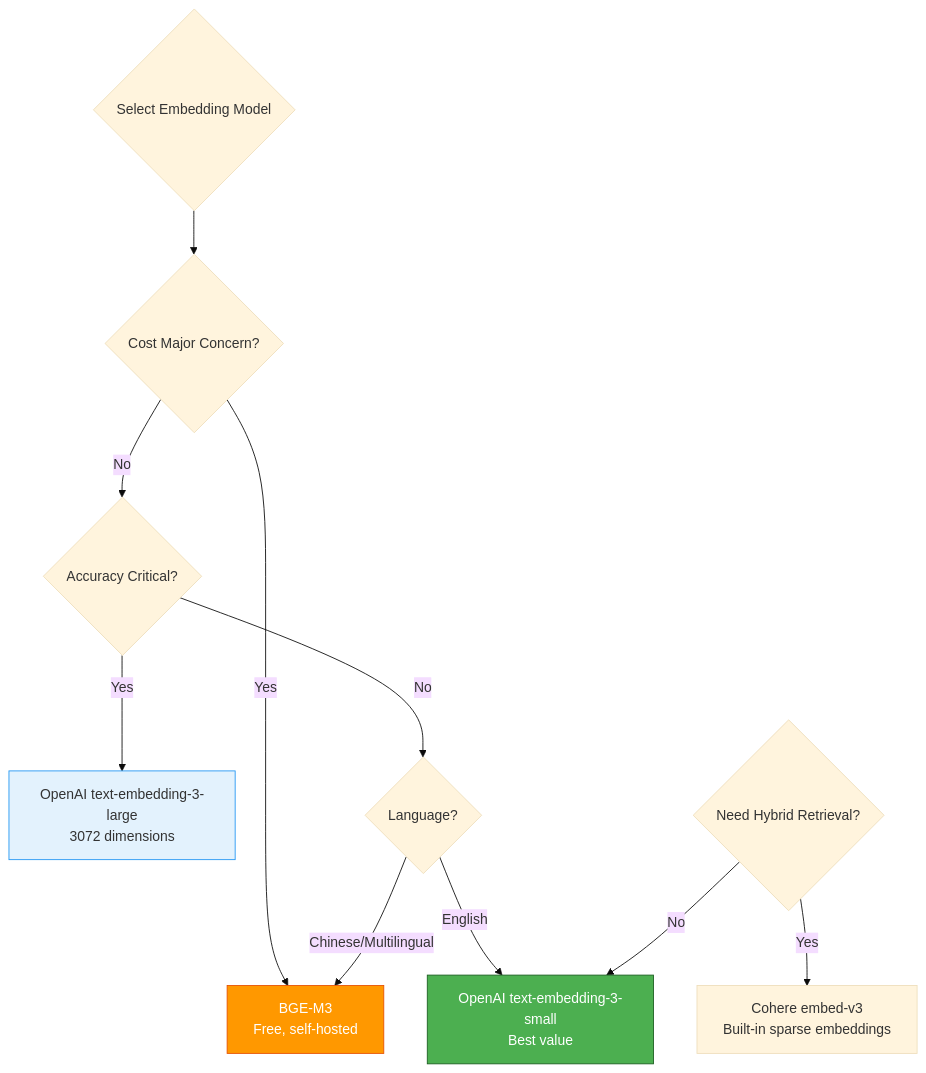
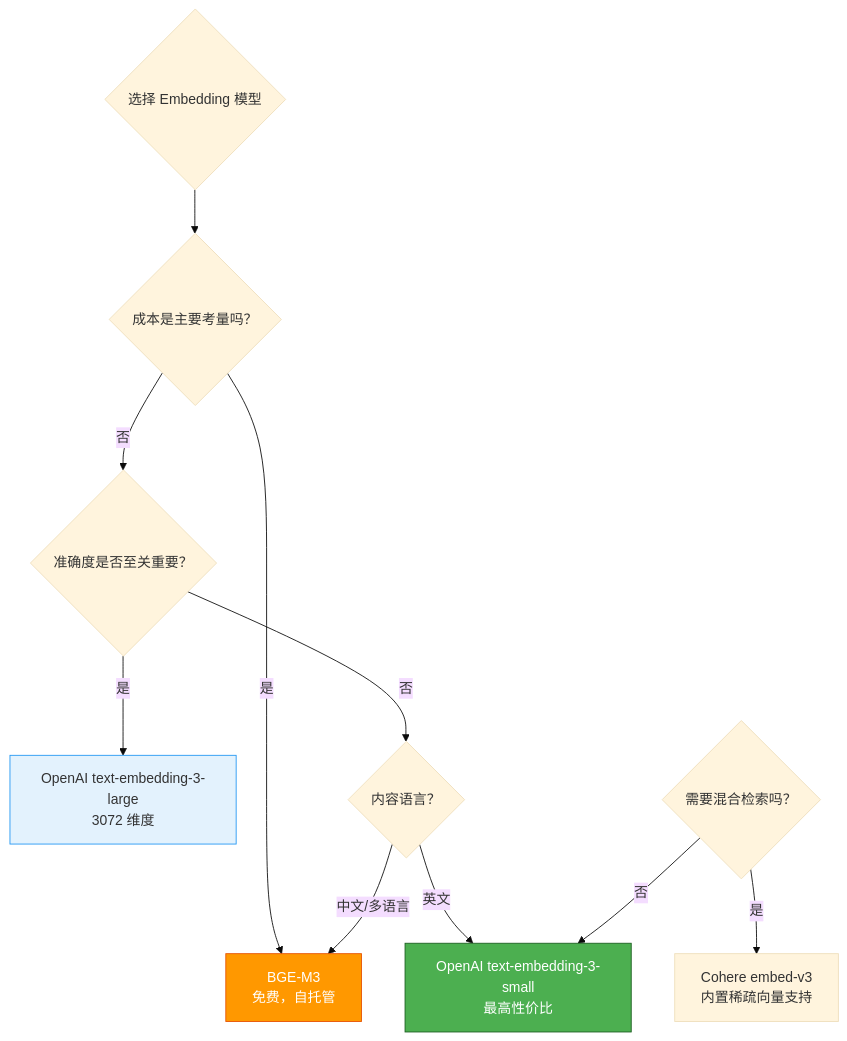
The sixth of 14 diagrams in i18n/zh-Hans/docusaurus-plugin-content-docs/current/ai/rag/03-index.mdx (YiWang24/AiDIY), drawn with Mermaid (base theme) before and after one commit. The commit also changed other lines of this file and 59 other files, not shown here.

````diff
--- a/i18n/zh-Hans/docusaurus-plugin-content-docs/current/ai/rag/03-index.mdx
+++ b/i18n/zh-Hans/docusaurus-plugin-content-docs/current/ai/rag/03-index.mdx
@@ -401,24 +401,24 @@
 ```mermaid
 flowchart TB
-    Start{Select Embedding Model}
+    Start{选择 Embedding 模型}
 
-    Q1{Cost Major Concern?}
-    Q1 -->|Yes| BGE[BGE-M3<br/>Free, self-hosted]
-    Q1 -->|No| Q2{Accuracy Critical?}
+    Q1{成本是主要考量吗？}
+    Q1 -->|是| BGE[BGE-M3<br/>免费，自托管]
+    Q1 -->|否| Q2{准确度是否至关重要？}
 
-    Q2 -->|Yes| Large[OpenAI text-embedding-3-large<br/>3072 dimensions]
-    Q2 -->|No| Q3{Language?}
+    Q2 -->|是| Large[OpenAI text-embedding-3-large<br/>3072 维度]
+    Q2 -->|否| Q3{内容语言？}
 
-    Q3 -->|Chinese/Multilingual| BGE
-    Q3 -->|English| Small[OpenAI text-embedding-3-small<br/>Best value]
+    Q3 -->|中文/多语言| BGE
+    Q3 -->|英文| Small[OpenAI text-embedding-3-small<br/>最高性价比]
 
-    Q4{Need Hybrid Retrieval?}
-    Q4 -->|Yes| Cohere[Cohere embed-v3<br/>Built-in sparse embeddings]
-    Q4 -->|No| Small
+    Q4{需要混合检索吗？}
+    Q4 -->|是| Cohere[Cohere embed-v3<br/>内置稀疏向量支持]
+    Q4 -->|否| Small
 
     Start --> Q1
 
     style Large fill:#e3f2fd,stroke:#2196f3
     style Small fill:#4caf50,stroke:#1b5e20,color:#fff
     style BGE fill:#ff9800,stroke:#e65100,color:#fff
 ```
````
